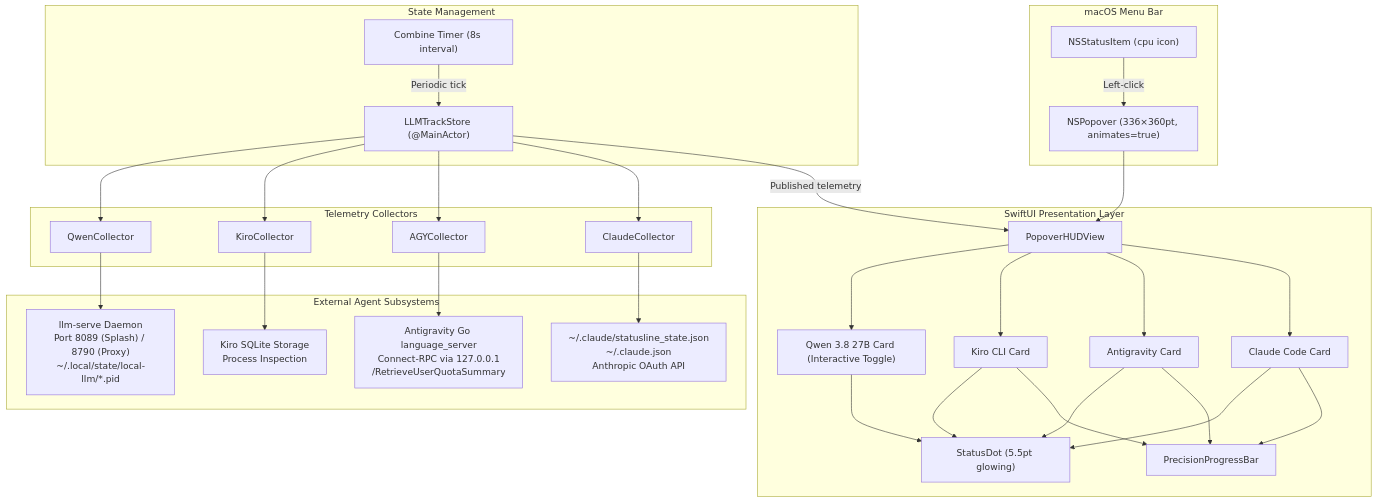
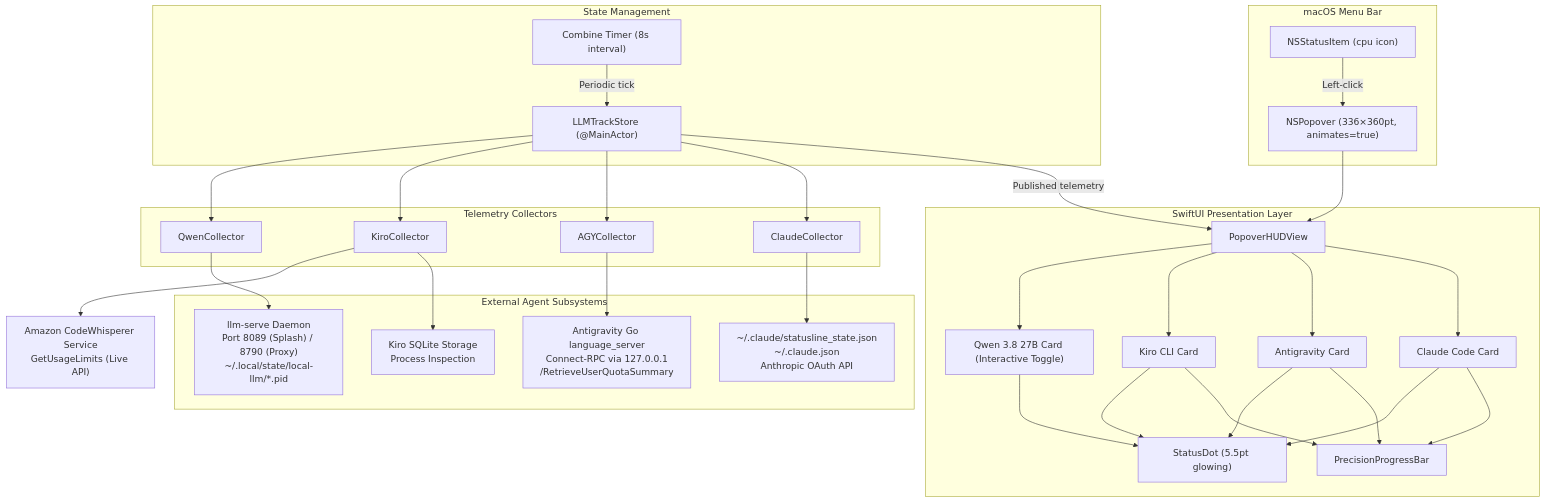
The first of 3 diagrams in ARCHITECTURE.md (yash0530/llm-track), drawn with Mermaid before and after one commit. The commit also changed other lines of this file and 5 other files, not shown here.

Commit message:
Kiro: live CodeWhisperer quota extraction, token auto-refresh, and persistent disk cache

````diff
--- a/ARCHITECTURE.md
+++ b/ARCHITECTURE.md
@@ -15,51 +15,52 @@
 ```mermaid
 flowchart TD
     subgraph macOS Menu Bar
         StatusItem["NSStatusItem (cpu icon)"]
         Popover["NSPopover (336×360pt, animates=true)"]
     end
 
     subgraph SwiftUI Presentation Layer
         HUD["PopoverHUDView"]
         ClaudeCard["Claude Code Card"]
         AGYCard["Antigravity Card"]
         KiroCard["Kiro CLI Card"]
         QwenCard["Qwen 3.8 27B Card (Interactive Toggle)"]
         ProgressBar["PrecisionProgressBar"]
         StatusDot["StatusDot (5.5pt glowing)"]
     end
 
     subgraph State Management
         Store["LLMTrackStore (@MainActor)"]
         Timer["Combine Timer (8s interval)"]
     end
 
     subgraph Telemetry Collectors
         ClaudeCol["ClaudeCollector"]
         AGYCol["AGYCollector"]
         KiroCol["KiroCollector"]
         QwenCol["QwenCollector"]
     end
 
     subgraph External Agent Subsystems
         ClaudeState["~/.claude/statusline_state.json<br/>~/.claude.json<br/>Anthropic OAuth API"]
         AGYRPC["Antigravity Go language_server<br/>Connect-RPC via 127.0.0.1<br/>/RetrieveUserQuotaSummary"]
         KiroDB["Kiro SQLite Storage<br/>Process Inspection"]
         LocalLLM["llm-serve Daemon<br/>Port 8089 (Splash) / 8790 (Proxy)<br/>~/.local/state/local-llm/*.pid"]
     end
 
     StatusItem -->|Left-click| Popover
     Popover --> HUD
     HUD --> ClaudeCard & AGYCard & KiroCard & QwenCard
     ClaudeCard & AGYCard & KiroCard --> ProgressBar
     ClaudeCard & AGYCard & KiroCard & QwenCard --> StatusDot
 
     Store -->|Published telemetry| HUD
     Timer -->|Periodic tick| Store
     Store --> ClaudeCol & AGYCol & KiroCol & QwenCol
 
     ClaudeCol --> ClaudeState
     AGYCol --> AGYRPC
     KiroCol --> KiroDB
+    KiroCol --> CodeWhispererAPI["Amazon CodeWhisperer Service<br/>GetUsageLimits (Live API)"]
     QwenCol --> LocalLLM
 ```
````
